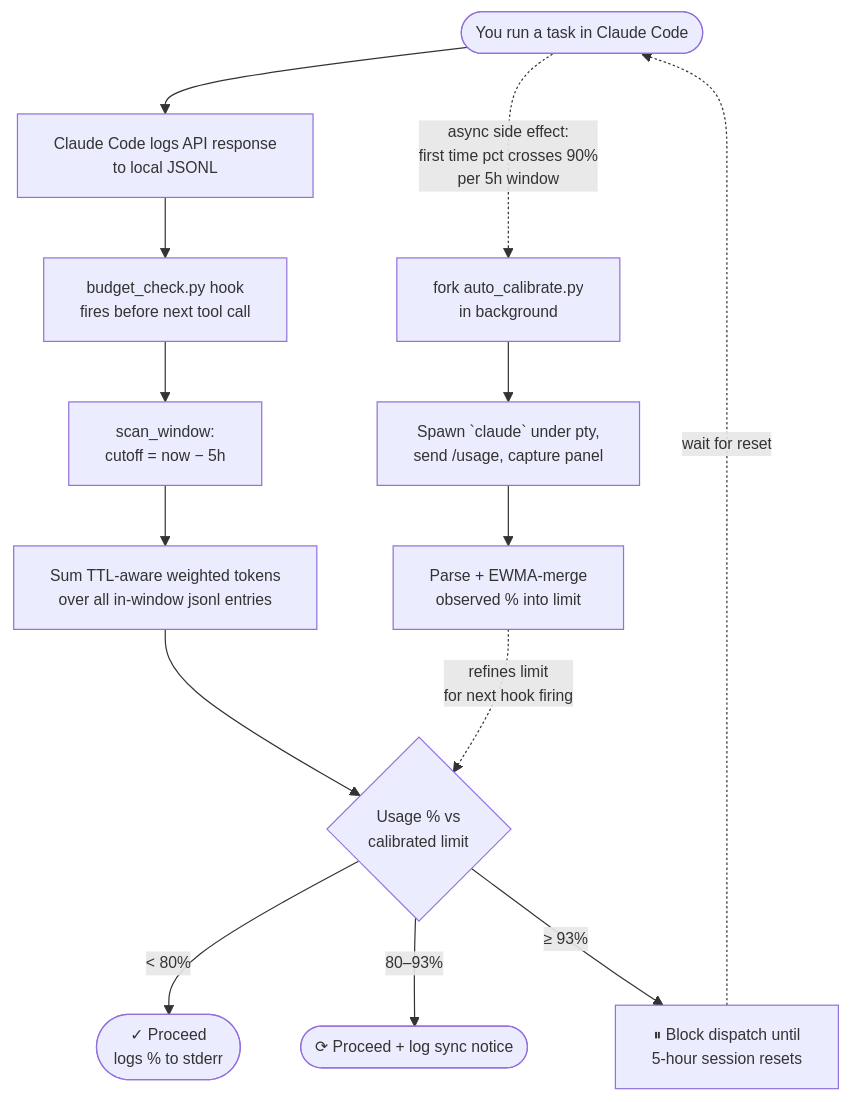
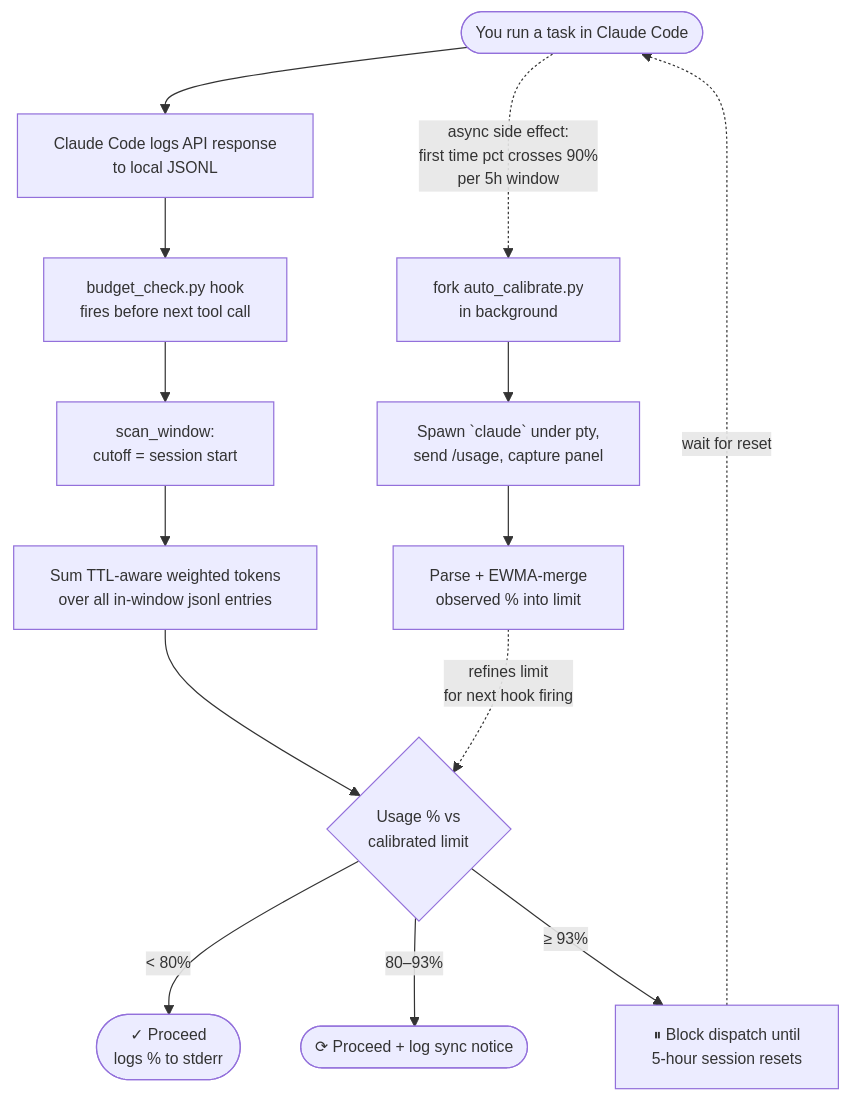
One commit to Star001-KR/claude-session-budget changed the diagram in README.md. Above: the diagram before and after it, drawn with Mermaid. The commit also changed other lines of this file and 15 other files, not shown here.

First line of the commit message:
Release v1.3.0: fix scan_window over-counting (content-block dedup + session-window anchor) (#23)

````diff
--- a/README.md
+++ b/README.md
@@ -14,18 +14,18 @@
 ```mermaid
 %%{init: {'themeVariables': {'fontSize': '13px'}}}%%
 flowchart TD
     A([You run a task in Claude Code]) --> B[Claude Code logs API response<br/>to local JSONL]
     B --> C[budget_check.py hook<br/>fires before next tool call]
-    C --> D[scan_window:<br/>cutoff = now − 5h]
+    C --> D[scan_window:<br/>cutoff = session start]
     D --> F[Sum TTL-aware weighted tokens<br/>over all in-window jsonl entries]
     F --> G{Usage % vs<br/>calibrated limit}
     G -->|&lt; 80%| H([✓ Proceed<br/>logs % to stderr])
     G -->|80–93%| I([⟳ Proceed + log sync notice])
     G -->|≥ 93%| J[⏸ Block dispatch until<br/>5-hour session resets]
     J -.->|wait for reset| A
 
     A -.->|async side effect:<br/>first time pct crosses 90%<br/>per 5h window| K[fork auto_calibrate.py<br/>in background]
     K --> L[Spawn `claude` under pty,<br/>send /usage, capture panel]
     L --> M[Parse + EWMA-merge<br/>observed % into limit]
     M -.->|refines limit<br/>for next hook firing| G
 ```
````
